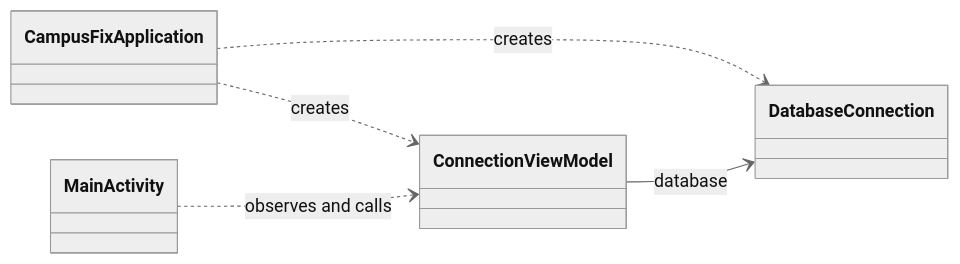
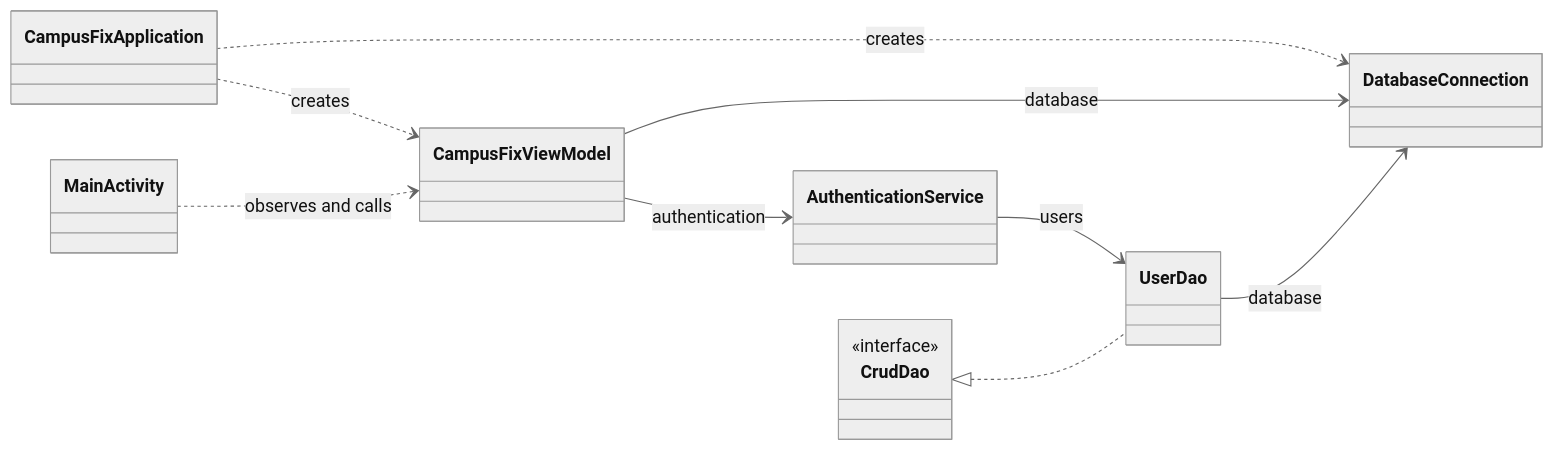
The diagram in docs/android.md (dfernq/inso-2026-2027-campus-fix), drawn with Mermaid (neutral theme) before and after one commit. The commit also changed other lines of this file and 8 other files, not shown here.

````diff
--- a/docs/android.md
+++ b/docs/android.md
@@ -13,8 +21,15 @@
 ```mermaid
 classDiagram
     direction LR
-    CampusFixApplication ..> ConnectionViewModel : creates
+    class CrudDao {
+        <<interface>>
+    }
+    CampusFixApplication ..> CampusFixViewModel : creates
     CampusFixApplication ..> DatabaseConnection : creates
-    MainActivity ..> ConnectionViewModel : observes and calls
-    ConnectionViewModel --> DatabaseConnection : database
+    MainActivity ..> CampusFixViewModel : observes and calls
+    CampusFixViewModel --> DatabaseConnection : database
+    CampusFixViewModel --> AuthenticationService : authentication
+    AuthenticationService --> UserDao : users
+    UserDao --> DatabaseConnection : database
+    CrudDao <|.. UserDao
 ```
````
